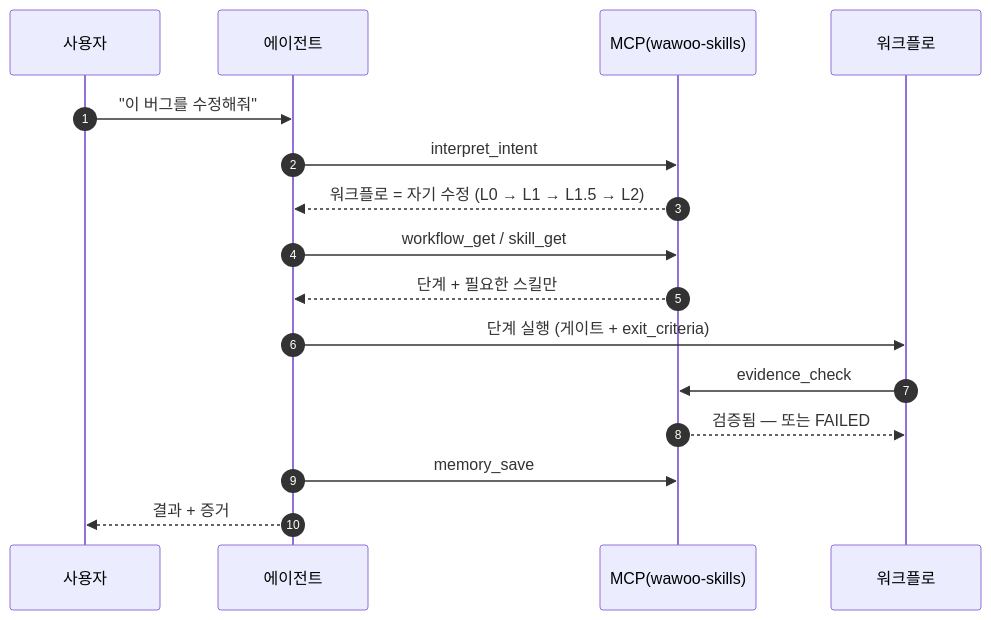
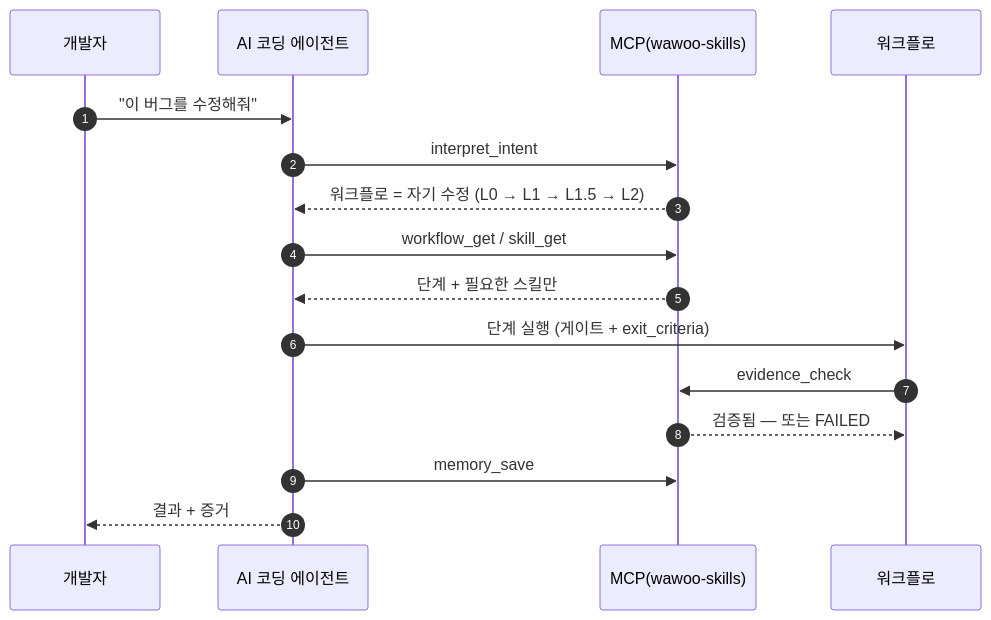
One commit to parkwoo/wawoo-agent-skills changed the diagram in README.ko.md. Above: the diagram before and after it, drawn with Mermaid. The commit also changed 3 other files, not shown here.

Commit message:
docs: use technical participant labels in the sequence diagram (developer / AI coding agent)

````diff
--- a/README.ko.md
+++ b/README.ko.md
@@ -62,18 +62,18 @@
 ```mermaid
 sequenceDiagram
     autonumber
-    participant U as 사용자
-    participant A as 에이전트
+    participant U as 개발자
+    participant A as AI 코딩 에이전트
     participant M as MCP(wawoo-skills)
     participant W as 워크플로
     U->>A: "이 버그를 수정해줘"
     A->>M: interpret_intent
     M-->>A: 워크플로 = 자기 수정 (L0 → L1 → L1.5 → L2)
     A->>M: workflow_get / skill_get
     M-->>A: 단계 + 필요한 스킬만
     A->>W: 단계 실행 (게이트 + exit_criteria)
     W->>M: evidence_check
     M-->>W: 검증됨 — 또는 FAILED
     A->>M: memory_save
     A-->>U: 결과 + 증거
 ```
````
